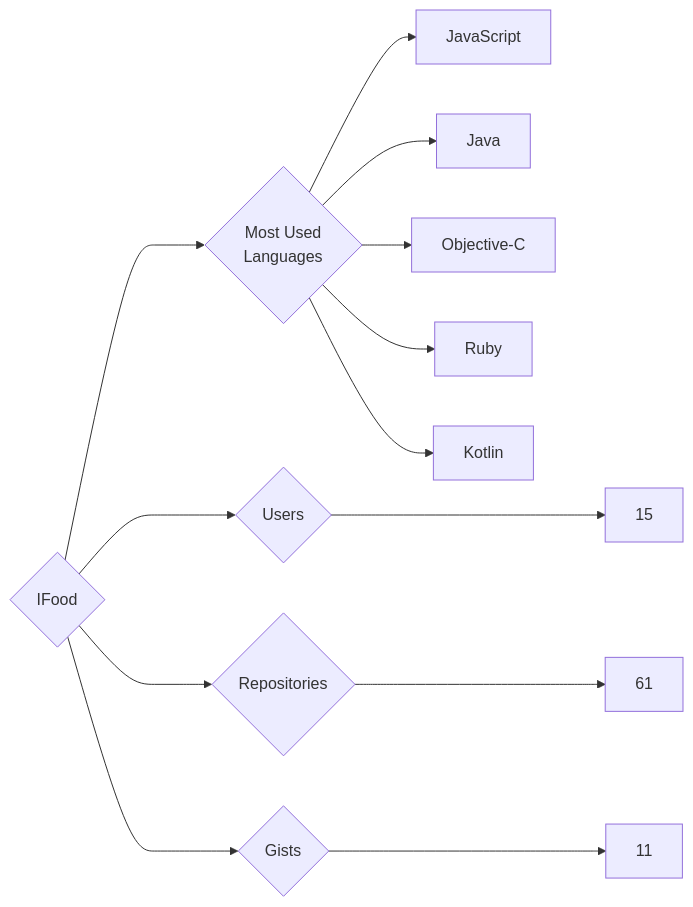
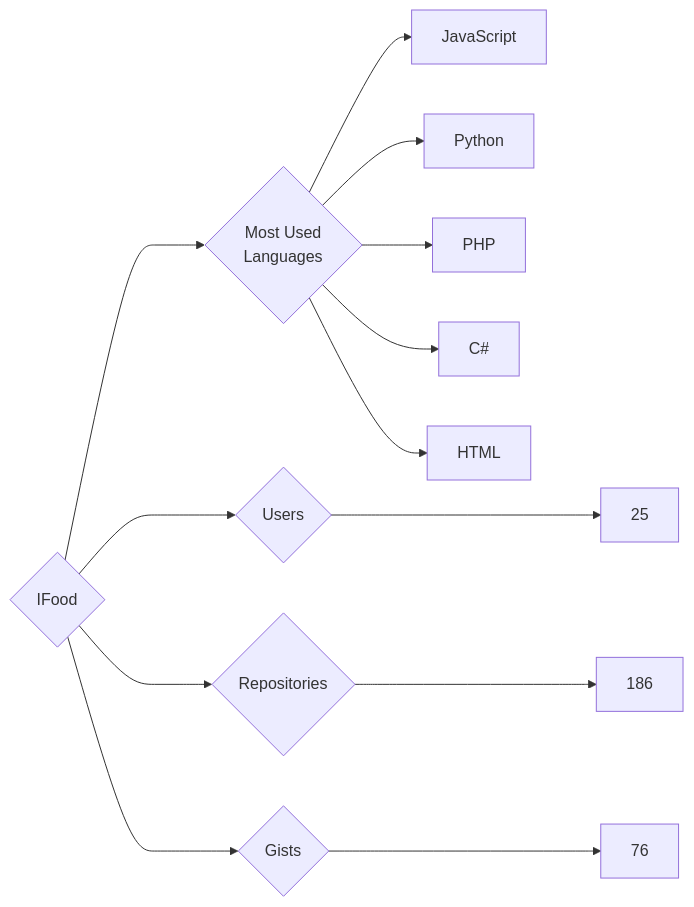
One commit to trickest/insiders changed the diagram in targets/IFood/README.md. Above: the diagram before and after it, drawn with Mermaid. The commit also changed 693 other files, not shown here.

````diff
--- a/targets/IFood/README.md
+++ b/targets/IFood/README.md
@@ -3,13 +3,13 @@
 ```mermaid
 graph LR
 COMPANY_NAME{IFood}
-COMPANY_NAME ---> U{Users} ---> UN[15]
-COMPANY_NAME ---> R{Repositories} ---> RN[61]
-COMPANY_NAME ---> G{Gists} ---> GN[11]
+COMPANY_NAME ---> U{Users} ---> UN[25]
+COMPANY_NAME ---> R{Repositories} ---> RN[186]
+COMPANY_NAME ---> G{Gists} ---> GN[76]
 COMPANY_NAME ---> ML{Most Used<br>Languages}
 ML --> JavaScript[JavaScript]
-ML --> Java[Java]
-ML --> Objective-C[Objective-C]
-ML --> Ruby[Ruby]
-ML --> Kotlin[Kotlin]
+ML --> Python[Python]
+ML --> PHP[PHP]
+ML --> C#[C#]
+ML --> HTML[HTML]
 ```
````
